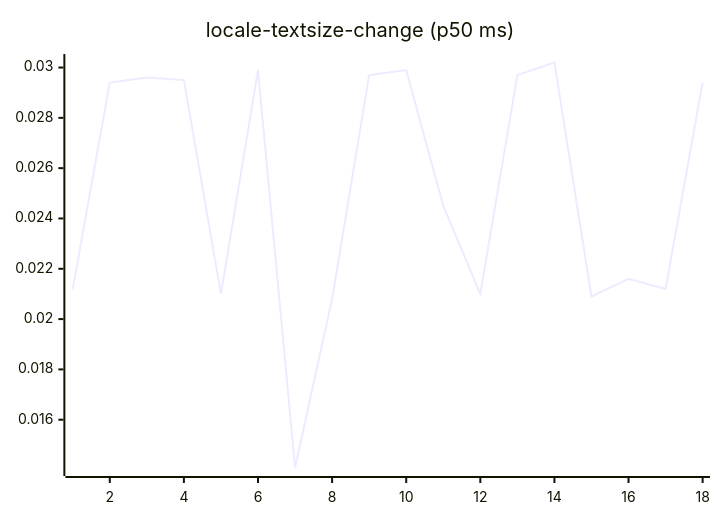
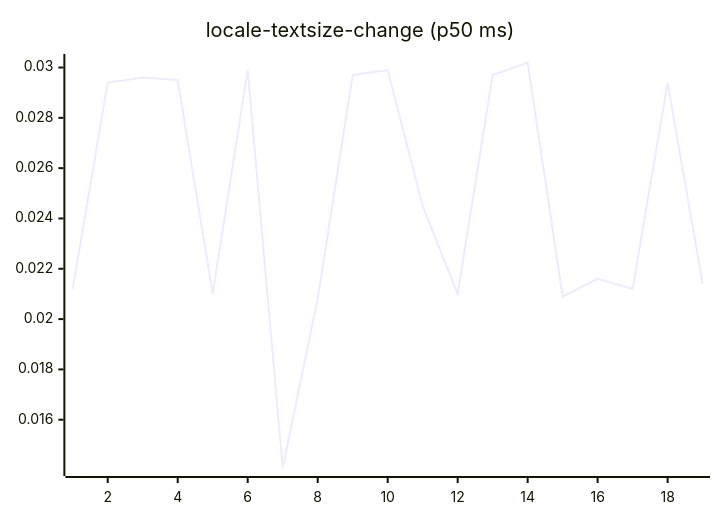
Diagram 13 of 27 in README.md (josha/Facet), drawn with Mermaid before and after one commit. The commit also changed other lines of this file and 2 other files, not shown here.

````diff
--- a/README.md
+++ b/README.md
@@ -147,6 +147,6 @@
 ```mermaid
 xychart-beta
     title "locale-textsize-change (p50 ms)"
-    x-axis 1 --> 18
-    line [0.0212, 0.0294, 0.0296, 0.0295, 0.0210, 0.0299, 0.0141, 0.0208, 0.0297, 0.0299, 0.0245, 0.0210, 0.0297, 0.0302, 0.0209, 0.0216, 0.0212, 0.0294]
+    x-axis 1 --> 19
+    line [0.0212, 0.0294, 0.0296, 0.0295, 0.0210, 0.0299, 0.0141, 0.0208, 0.0297, 0.0299, 0.0245, 0.0210, 0.0297, 0.0302, 0.0209, 0.0216, 0.0212, 0.0294, 0.0214]
 ```
````
